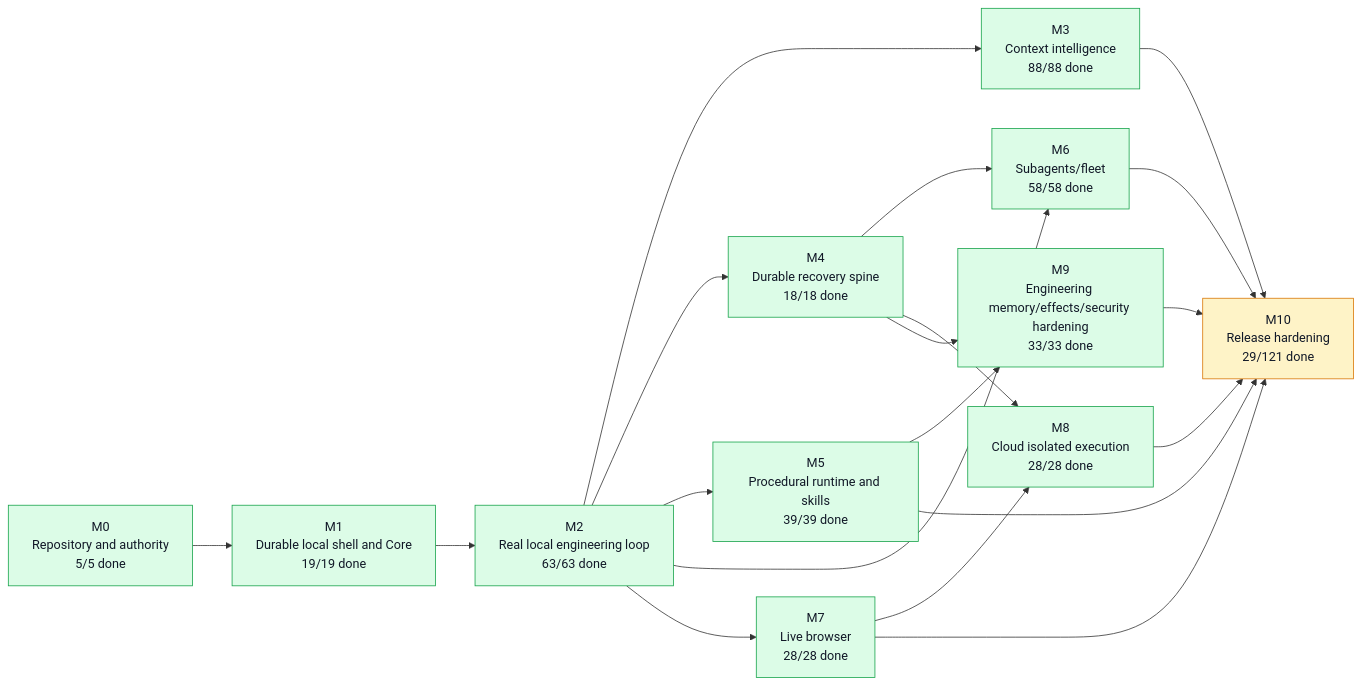
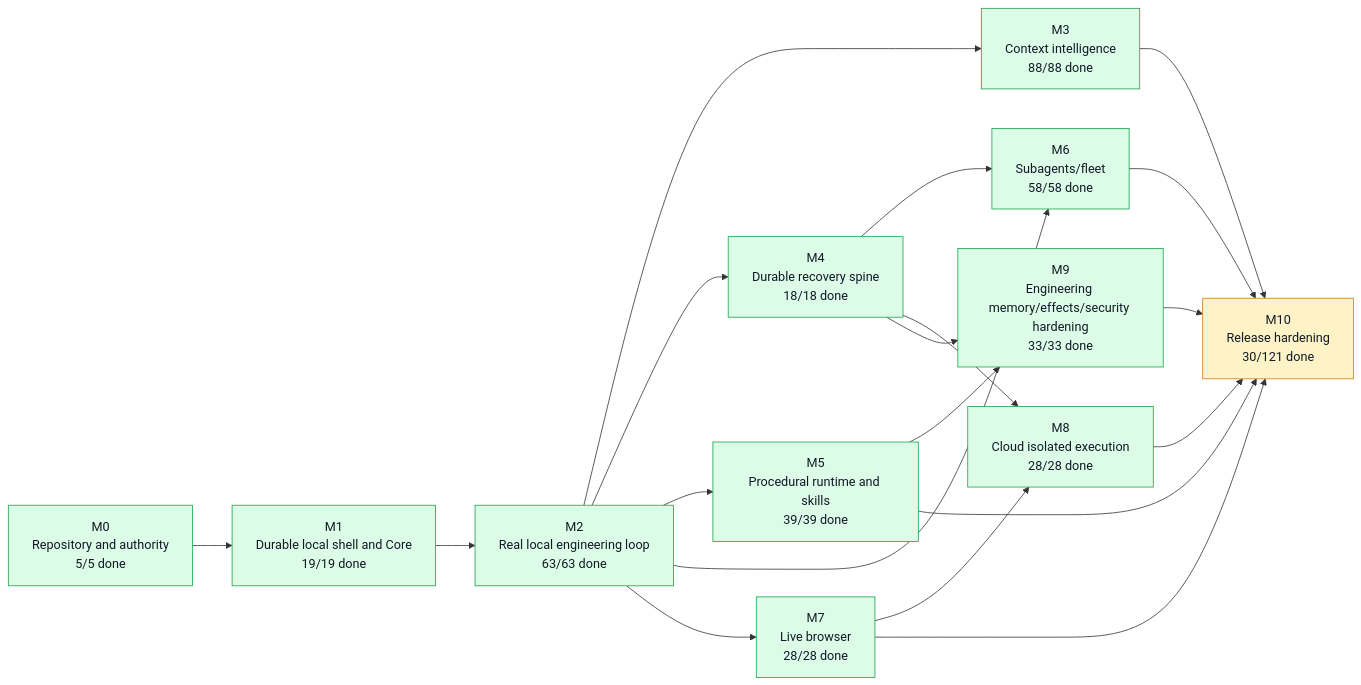
Before and after one commit to moss101/modbit: the first of 5 diagrams in graph/PROJECT_GRAPH.md, drawn with Mermaid. The commit also changed other lines of this file and 7 other files, not shown here.

Commit message:
chore(graph): close PX-049 (session-end hook, resume-on-quit, hardening guard) (#135)

````diff
--- a/graph/PROJECT_GRAPH.md
+++ b/graph/PROJECT_GRAPH.md
@@ -57,43 +57,43 @@
 ```mermaid
 flowchart LR
   M0["M0<br/>Repository and authority<br/>5/5 done"]
   M1["M1<br/>Durable local shell and Core<br/>19/19 done"]
   M2["M2<br/>Real local engineering loop<br/>63/63 done"]
   M3["M3<br/>Context intelligence<br/>88/88 done"]
   M4["M4<br/>Durable recovery spine<br/>18/18 done"]
   M5["M5<br/>Procedural runtime and skills<br/>39/39 done"]
   M6["M6<br/>Subagents/fleet<br/>58/58 done"]
   M7["M7<br/>Live browser<br/>28/28 done"]
   M8["M8<br/>Cloud isolated execution<br/>28/28 done"]
   M9["M9<br/>Engineering memory/effects/security hardening<br/>33/33 done"]
-  M10["M10<br/>Release hardening<br/>29/121 done"]
+  M10["M10<br/>Release hardening<br/>30/121 done"]
   M0 --> M1
   M1 --> M2
   M2 --> M3
   M2 --> M4
   M2 --> M5
   M2 --> M6
   M4 --> M6
   M2 --> M7
   M4 --> M8
   M7 --> M8
   M4 --> M9
   M5 --> M9
   M3 --> M10
   M5 --> M10
   M6 --> M10
   M7 --> M10
   M8 --> M10
   M9 --> M10
   style M0 fill:#dcfce7,stroke:#16a34a,color:#111827
   style M1 fill:#dcfce7,stroke:#16a34a,color:#111827
   style M2 fill:#dcfce7,stroke:#16a34a,color:#111827
   style M3 fill:#dcfce7,stroke:#16a34a,color:#111827
   style M4 fill:#dcfce7,stroke:#16a34a,color:#111827
   style M5 fill:#dcfce7,stroke:#16a34a,color:#111827
   style M6 fill:#dcfce7,stroke:#16a34a,color:#111827
   style M7 fill:#dcfce7,stroke:#16a34a,color:#111827
   style M8 fill:#dcfce7,stroke:#16a34a,color:#111827
   style M9 fill:#dcfce7,stroke:#16a34a,color:#111827
   style M10 fill:#fef3c7,stroke:#d97706,color:#111827
 ```
````
